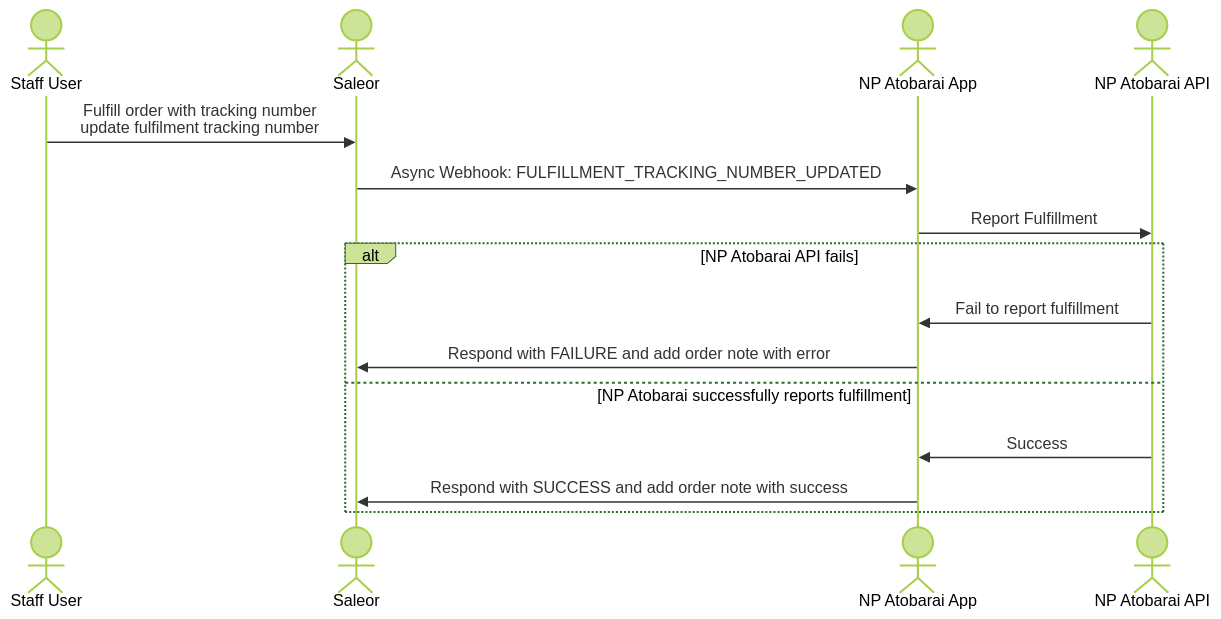
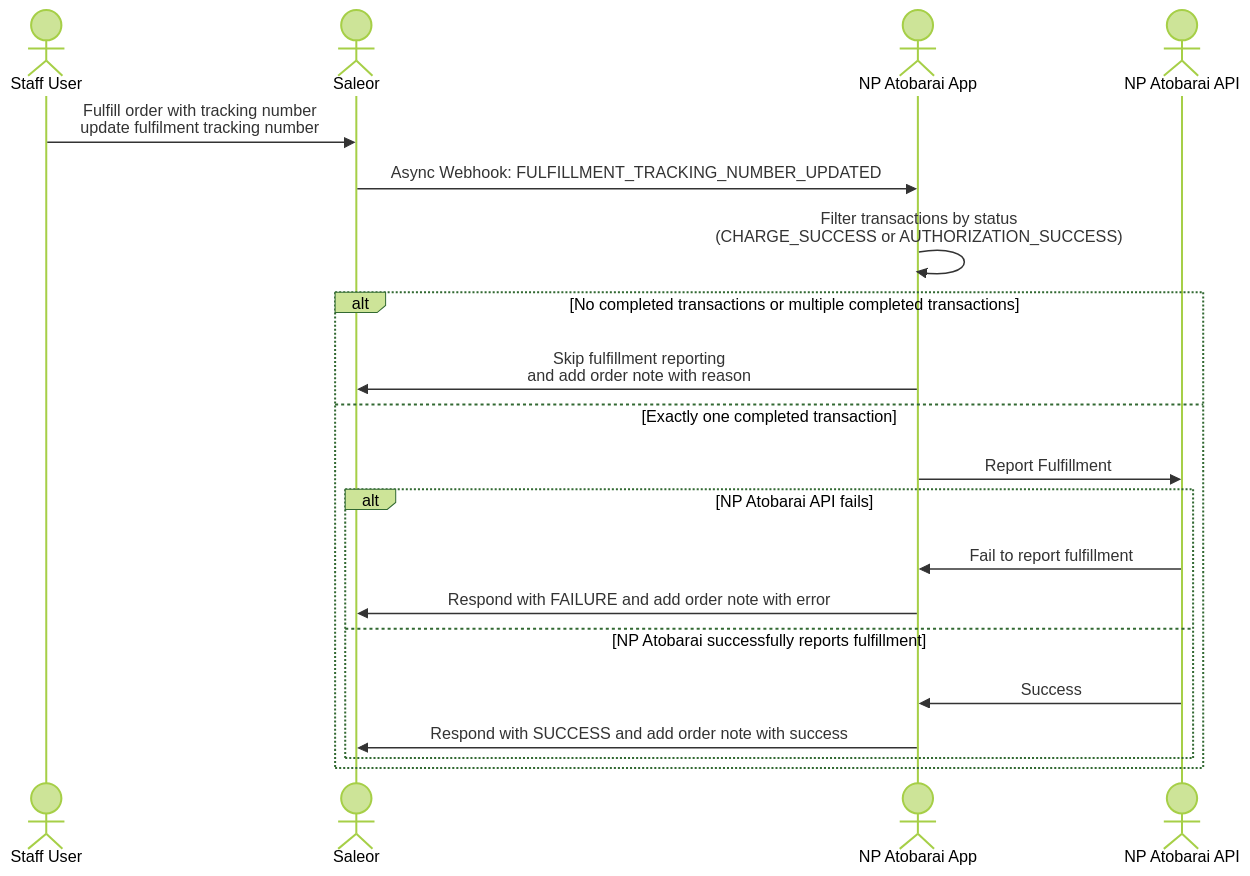
The third of 5 diagrams in docs/developer/app-store/apps/np-atobarai/architecture.mdx (saleor/saleor-docs), drawn with Mermaid (forest theme) before and after one commit. The commit also changed 3 other files, not shown here.

First line of the commit message:
docs(np-atobarai): document ghost transaction filtering in fulfillment webhook (#1768)

````diff
--- a/docs/developer/app-store/apps/np-atobarai/architecture.mdx
+++ b/docs/developer/app-store/apps/np-atobarai/architecture.mdx
@@ -84,18 +84,23 @@
 ```mermaid
 sequenceDiagram
     actor Staff User
     actor Saleor
     actor NP Atobarai App
     actor NP Atobarai API
 
     Staff User->>Saleor: Fulfill order with tracking number <br/> update fulfilment tracking number
     Saleor->>NP Atobarai App: Async Webhook: FULFILLMENT_TRACKING_NUMBER_UPDATED
-    NP Atobarai App ->> NP Atobarai API: Report Fulfillment
-    alt NP Atobarai API fails
-        NP Atobarai API->>NP Atobarai App: Fail to report fulfillment
-        NP Atobarai App ->> Saleor: Respond with FAILURE and add order note with error
-    else NP Atobarai successfully reports fulfillment
-        NP Atobarai API->>NP Atobarai App: Success
-        NP Atobarai App ->> Saleor: Respond with SUCCESS and add order note with success
+    NP Atobarai App->>NP Atobarai App: Filter transactions by status <br/> (CHARGE_SUCCESS or AUTHORIZATION_SUCCESS)
+    alt No completed transactions or multiple completed transactions
+        NP Atobarai App ->> Saleor: Skip fulfillment reporting <br/> and add order note with reason
+    else Exactly one completed transaction
+        NP Atobarai App ->> NP Atobarai API: Report Fulfillment
+        alt NP Atobarai API fails
+            NP Atobarai API->>NP Atobarai App: Fail to report fulfillment
+            NP Atobarai App ->> Saleor: Respond with FAILURE and add order note with error
+        else NP Atobarai successfully reports fulfillment
+            NP Atobarai API->>NP Atobarai App: Success
+            NP Atobarai App ->> Saleor: Respond with SUCCESS and add order note with success
+        end
     end
 ```
````
